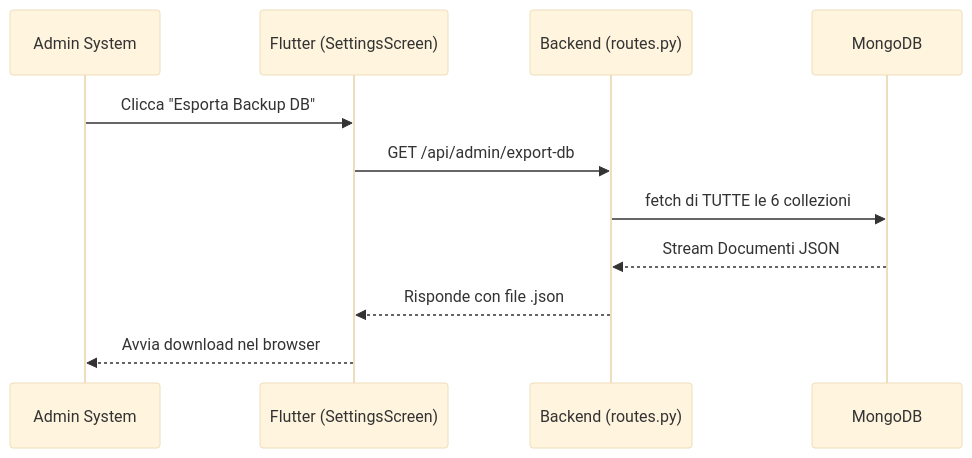
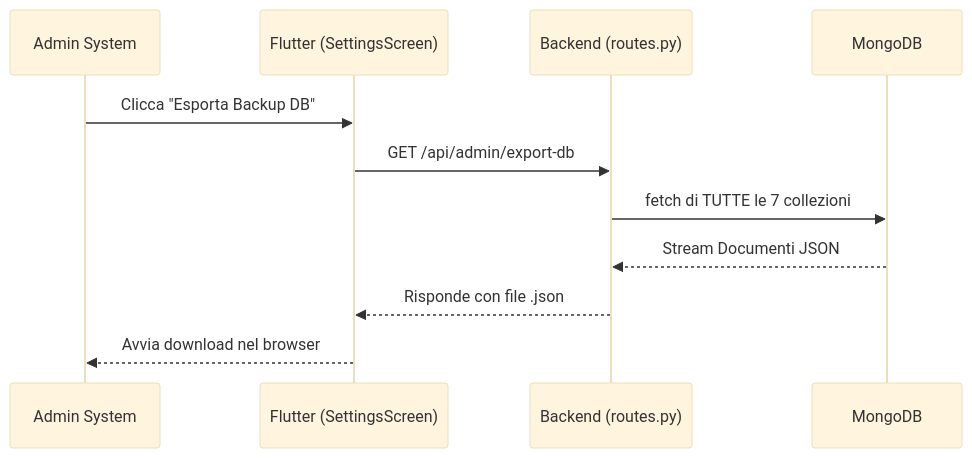
One commit to RazorCopter/Autify changed the fourth of 4 diagrams in ARCHITECTURE_MAP.md. Above: the diagram before and after it, drawn with Mermaid (base theme). The commit also changed other lines of this file, not shown here.

Commit message:
docs: update ARCHITECTURE_MAP.md with audit_logs and v2.18.10

````diff
--- a/ARCHITECTURE_MAP.md
+++ b/ARCHITECTURE_MAP.md
@@ -214,14 +215,14 @@
 ```mermaid
 sequenceDiagram
     participant ADM as Admin System
     participant UI as Flutter (SettingsScreen)
     participant API as Backend (routes.py)
     participant DB as MongoDB
 
     ADM->>UI: Clicca "Esporta Backup DB"
     UI->>API: GET /api/admin/export-db
-    API->>DB: fetch di TUTTE le 6 collezioni
+    API->>DB: fetch di TUTTE le 7 collezioni
     DB-->>API: Stream Documenti JSON
     API-->>UI: Risponde con file .json
     UI-->>ADM: Avvia download nel browser
 ```
````
